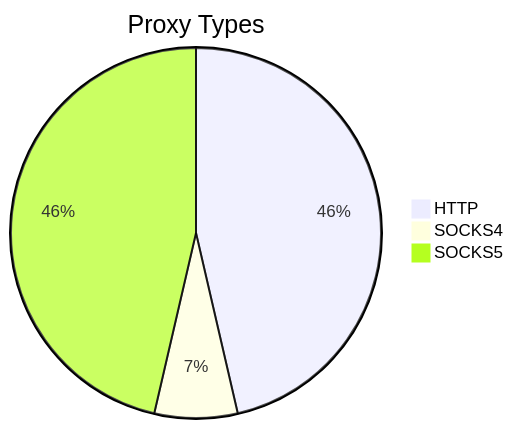
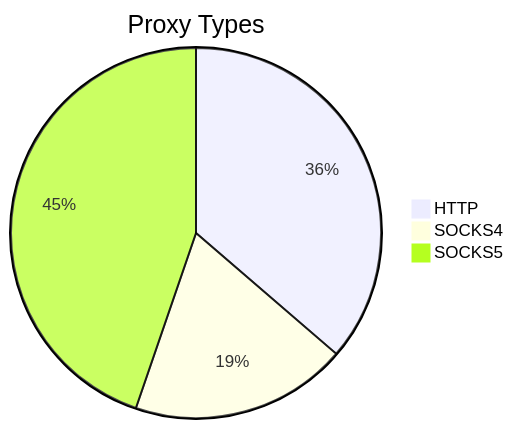
The first of 2 diagrams in README.md (stormsia/proxy-list), drawn with Mermaid before and after one commit. The commit also changed other lines of this file, not shown here.

````diff
--- a/README.md
+++ b/README.md
@@ -21,6 +21,6 @@
 ```mermaid
 pie title Proxy Types
-    "HTTP" : 64
-    "SOCKS4" : 10
-    "SOCKS5" : 64
+    "HTTP" : 69
+    "SOCKS4" : 36
+    "SOCKS5" : 85
 ```
````
